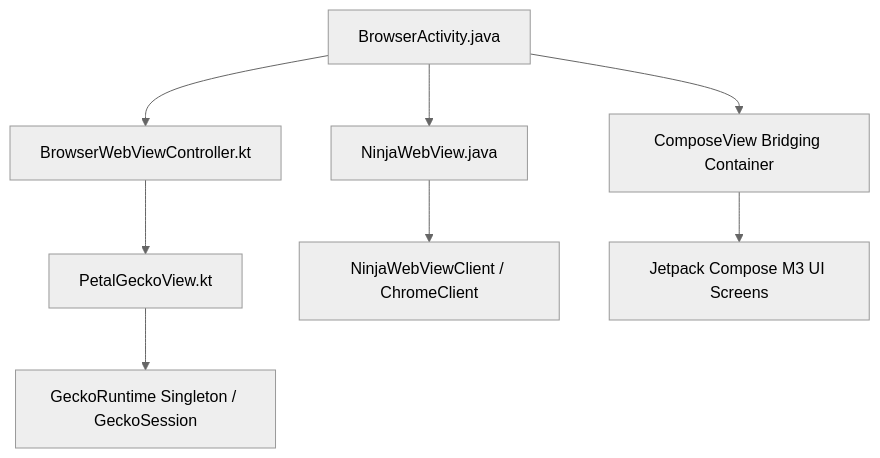
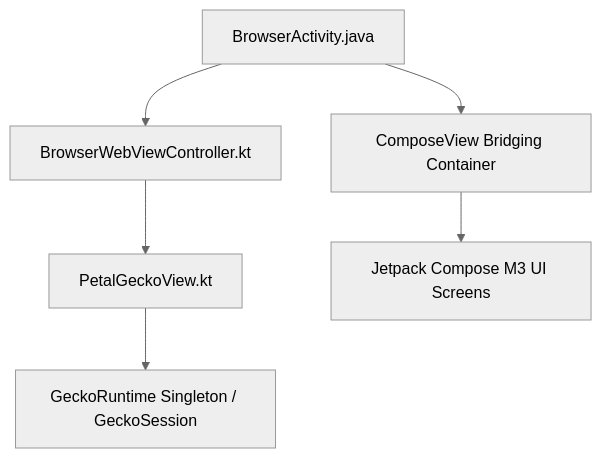
Before and after one commit to shreyagarwal72/petal: the diagram in architecture.md, drawn with Mermaid (neutral theme). The commit also changed other lines of this file and 7 other files, not shown here.

````diff
--- a/architecture.md
+++ b/architecture.md
@@ -18,10 +14,8 @@
 ```mermaid
 graph TD
     A[BrowserActivity.java] --> B[BrowserWebViewController.kt]
-    A --> C[NinjaWebView.java]
     B --> D[PetalGeckoView.kt]
     D --> E[GeckoRuntime Singleton / GeckoSession]
-    C --> F[NinjaWebViewClient / ChromeClient]
     A --> G[ComposeView Bridging Container]
     G --> H[Jetpack Compose M3 UI Screens]
 ```
````
